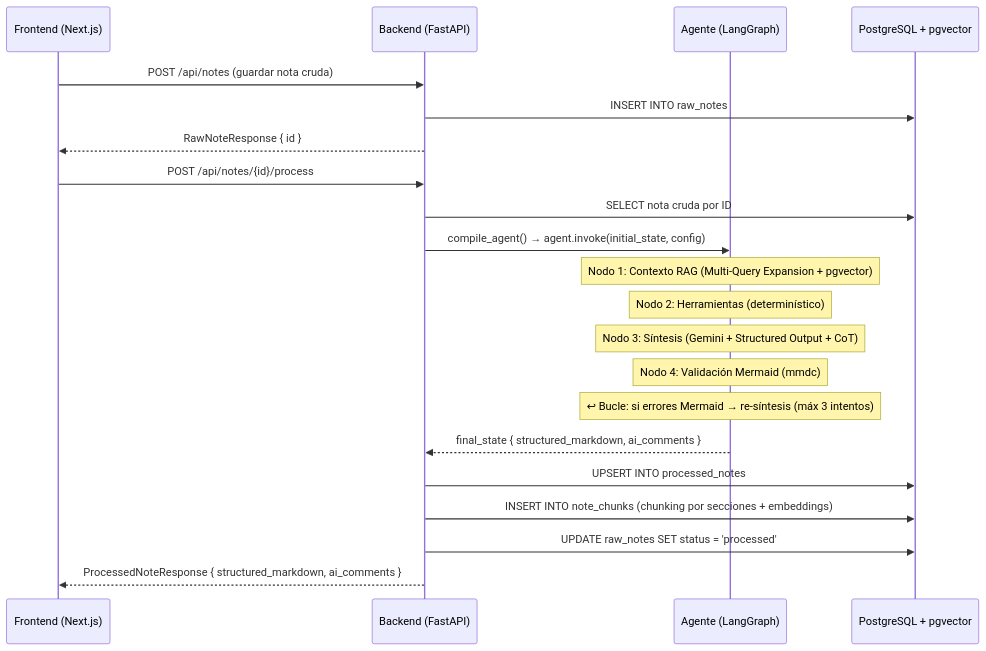
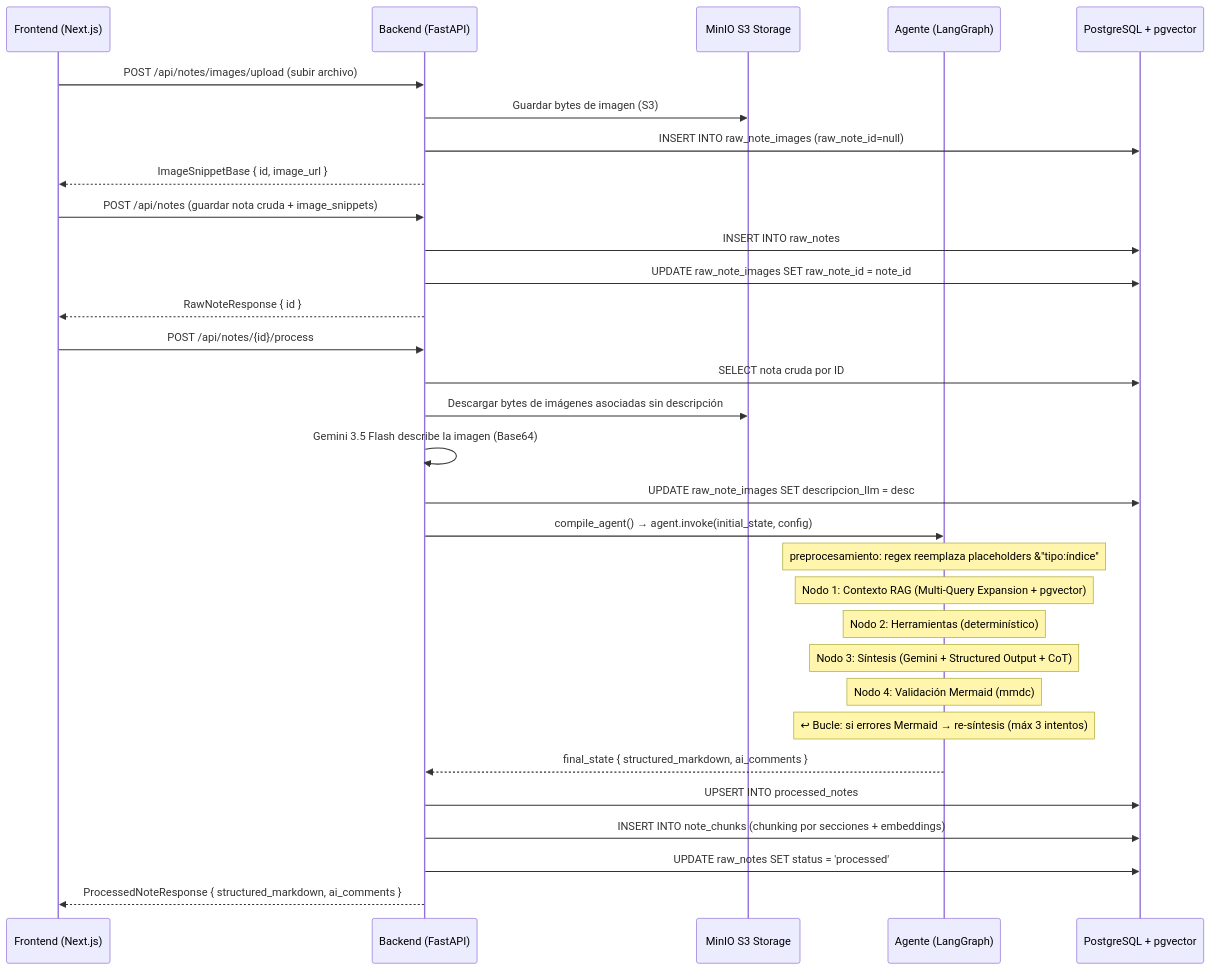
Before and after one commit to JamesKristofUbiarco/Concat-notes: the second of 9 diagrams in docs/agent-architecture.md, drawn with Mermaid. The commit also changed other lines of this file and 23 other files, not shown here.

Commit message:
feat: image snippets with MinIO/Gemini, usability fixes & documentation sync

````diff
--- a/docs/agent-architecture.md
+++ b/docs/agent-architecture.md
@@ -33,27 +33,38 @@
 ```mermaid
 sequenceDiagram
     participant FE as Frontend (Next.js)
     participant API as Backend (FastAPI)
+    participant MINIO as MinIO S3 Storage
     participant AG as Agente (LangGraph)
     participant DB as PostgreSQL + pgvector
 
-    FE->>API: POST /api/notes (guardar nota cruda)
+    FE->>API: POST /api/notes/images/upload (subir archivo)
+    API->>MINIO: Guardar bytes de imagen (S3)
+    API->>DB: INSERT INTO raw_note_images (raw_note_id=null)
+    API-->>FE: ImageSnippetBase { id, image_url }
+
+    FE->>API: POST /api/notes (guardar nota cruda + image_snippets)
     API->>DB: INSERT INTO raw_notes
+    API->>DB: UPDATE raw_note_images SET raw_note_id = note_id
     API-->>FE: RawNoteResponse { id }
 
     FE->>API: POST /api/notes/{id}/process
     API->>DB: SELECT nota cruda por ID
+    API->>MINIO: Descargar bytes de imágenes asociadas sin descripción
+    API->>API: Gemini 3.5 Flash describe la imagen (Base64)
+    API->>DB: UPDATE raw_note_images SET descripcion_llm = desc
     API->>AG: compile_agent() → agent.invoke(initial_state, config)
 
+    Note over AG: preprocesamiento: regex reemplaza placeholders &"tipo:índice"
     Note over AG: Nodo 1: Contexto RAG (Multi-Query Expansion + pgvector)
     Note over AG: Nodo 2: Herramientas (determinístico)
     Note over AG: Nodo 3: Síntesis (Gemini + Structured Output + CoT)
     Note over AG: Nodo 4: Validación Mermaid (mmdc)
     Note over AG: ↩ Bucle: si errores Mermaid → re-síntesis (máx 3 intentos)
 
     AG-->>API: final_state { structured_markdown, ai_comments }
     API->>DB: UPSERT INTO processed_notes
     API->>DB: INSERT INTO note_chunks (chunking por secciones + embeddings)
     API->>DB: UPDATE raw_notes SET status = 'processed'
     API-->>FE: ProcessedNoteResponse { structured_markdown, ai_comments }
 ```
````
